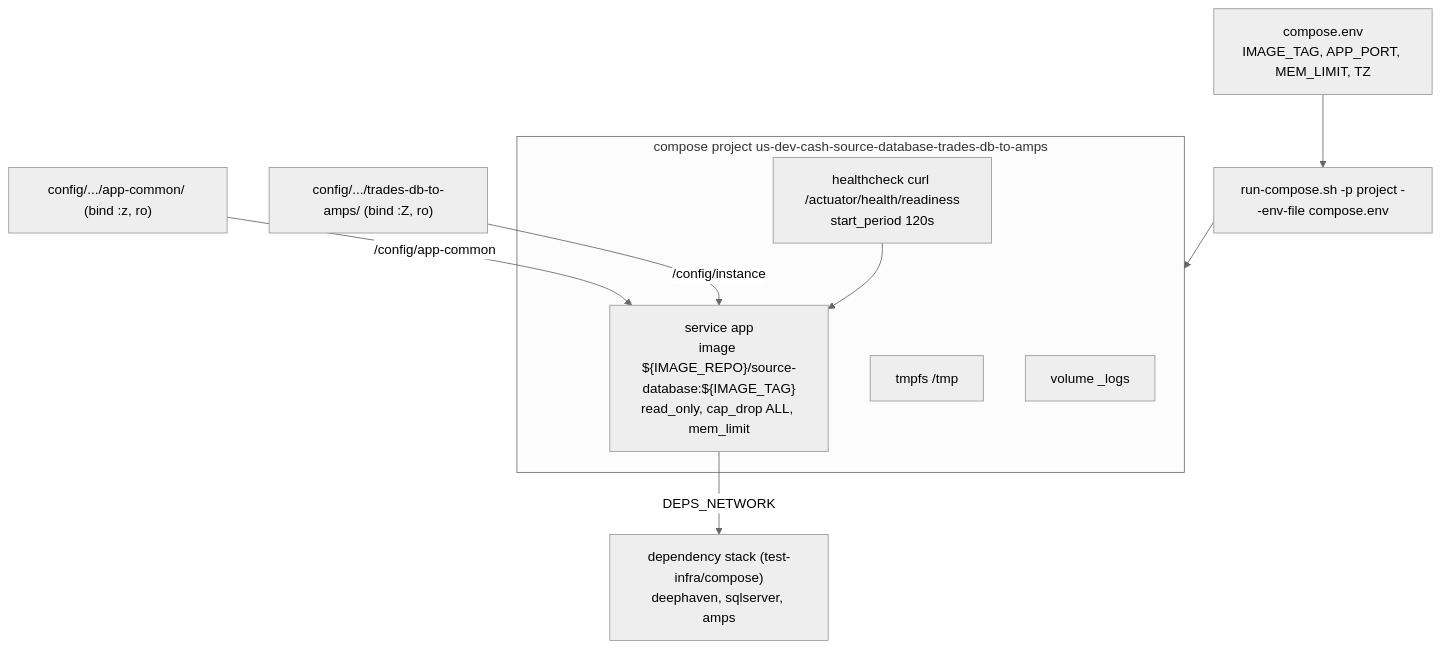
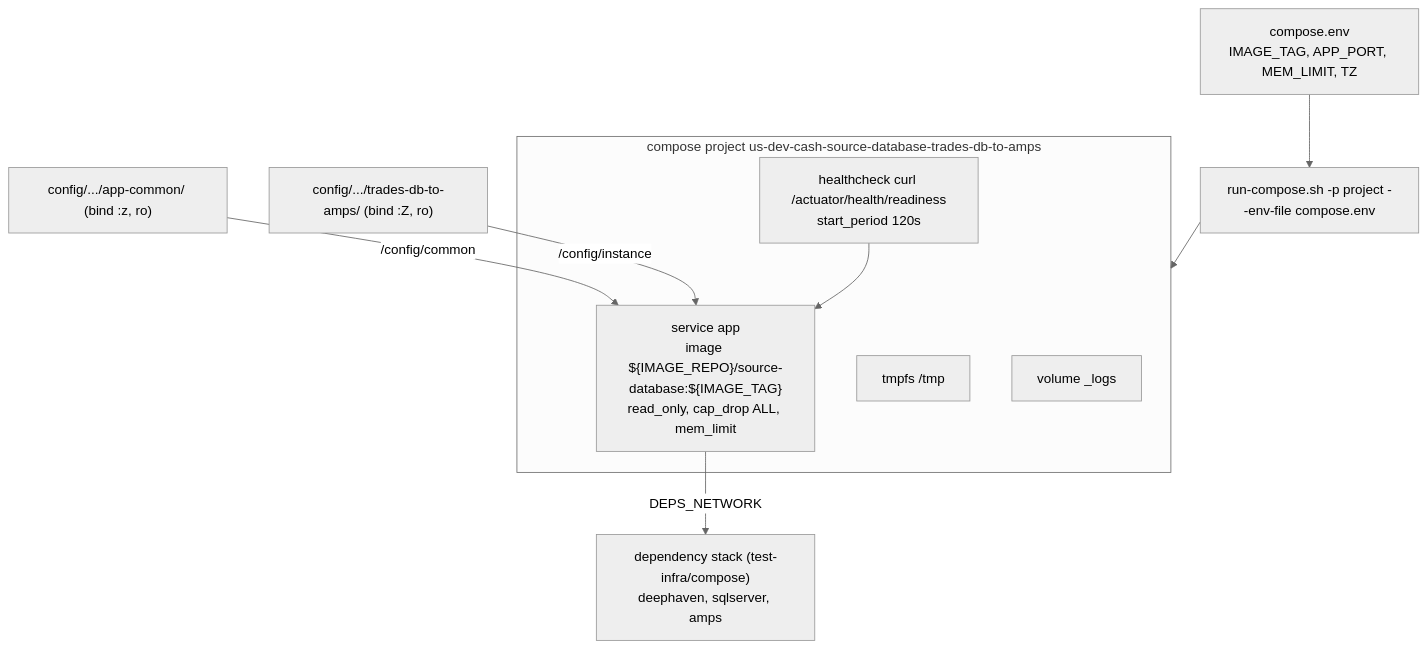
Before and after one commit to crazymatthsu/github-demo: the second of 5 diagrams in docs/06-runtime-operations.md, drawn with Mermaid (neutral theme). The commit also changed other lines of this file and 37 other files, not shown here.

````diff
--- a/docs/06-runtime-operations.md
+++ b/docs/06-runtime-operations.md
@@ -369,20 +371,20 @@
 ```mermaid
 flowchart TB
   subgraph PRJ["compose project us-dev-cash-source-database-trades-db-to-amps"]
     SVCAPP["service app<br/>image ${IMAGE_REPO}/source-database:${IMAGE_TAG}<br/>read_only, cap_drop ALL, mem_limit"]
     HC["healthcheck curl /actuator/health/readiness<br/>start_period 120s"]
     TMPFS["tmpfs /tmp"]
     VOL["volume <project>_logs"]
   end
   ENVF["compose.env<br/>IMAGE_TAG, APP_PORT, MEM_LIMIT, TZ"]
   COMMON["config/.../app-common/ (bind :z, ro)"]
   INST["config/.../trades-db-to-amps/ (bind :Z, ro)"]
   DEPS["dependency stack (test-infra/compose)<br/>deephaven, sqlserver, amps"]
   RC["run-compose.sh -p project --env-file compose.env"]
   RC --> PRJ
   ENVF --> RC
-  COMMON -- "/config/app-common" --> SVCAPP
+  COMMON -- "/config/common" --> SVCAPP
   INST -- "/config/instance" --> SVCAPP
   SVCAPP -- "DEPS_NETWORK" --> DEPS
   HC --> SVCAPP
 ```
````
